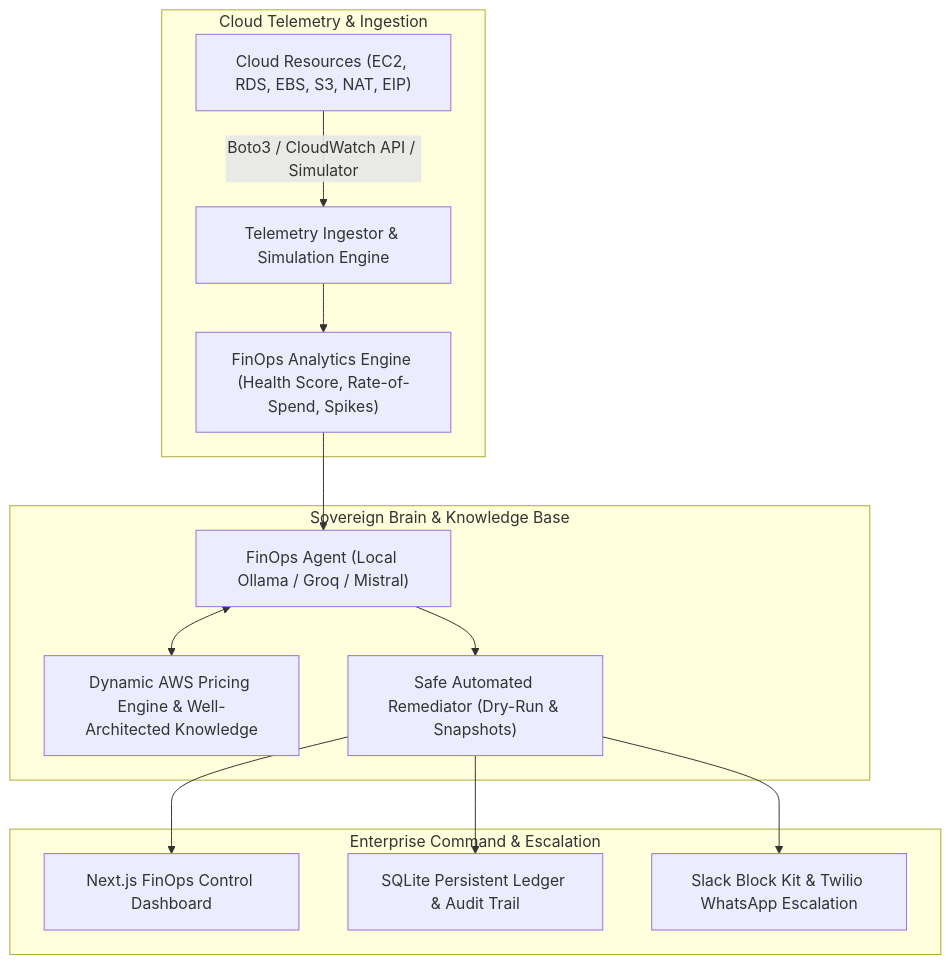
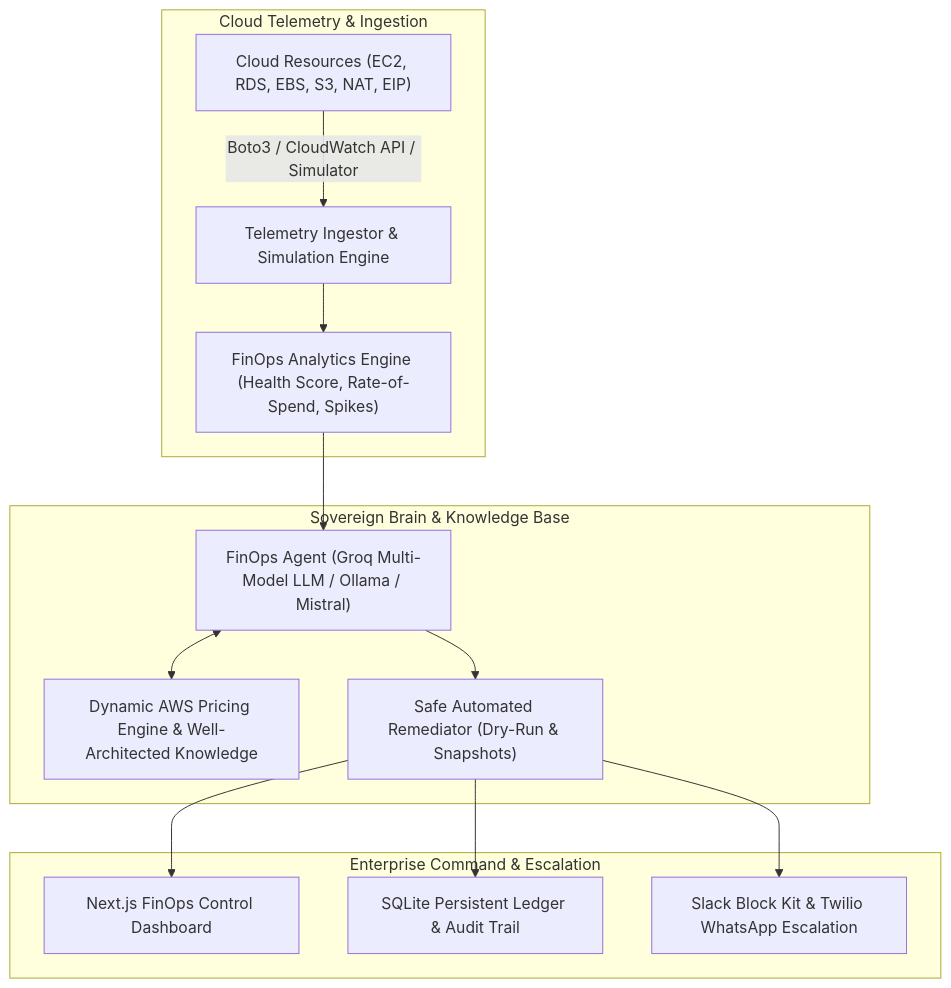
One commit to UnsettledAverage73/Cloud_Cost_Optimization changed the diagram in README.md. Above: the diagram before and after it, drawn with Mermaid. The commit also changed other lines of this file, not shown here.

Commit message:
docs: update README with 44 tests badge, Groq multi-model copilot, and testing suite

````diff
--- a/README.md
+++ b/README.md
@@ -17,19 +17,19 @@
 ```mermaid
 graph TD
     subgraph Level1_2 [Cloud Telemetry & Ingestion]
         CloudInfra["Cloud Resources (EC2, RDS, EBS, S3, NAT, EIP)"] -->|Boto3 / CloudWatch API / Simulator| Ingest["Telemetry Ingestor & Simulation Engine"]
         Ingest --> Analytics["FinOps Analytics Engine (Health Score, Rate-of-Spend, Spikes)"]
     end
 
     subgraph Level3_4 [Sovereign Brain & Knowledge Base]
-        Analytics --> FinOpsAI["FinOps Agent (Local Ollama / Groq / Mistral)"]
+        Analytics --> FinOpsAI["FinOps Agent (Groq Multi-Model LLM / Ollama / Mistral)"]
         FinOpsAI <--> Pricing["Dynamic AWS Pricing Engine & Well-Architected Knowledge"]
         FinOpsAI --> Remediate["Safe Automated Remediator (Dry-Run & Snapshots)"]
     end
 
     subgraph Level5_7 [Enterprise Command & Escalation]
         Remediate --> NextJS["Next.js FinOps Control Dashboard"]
         Remediate --> Ledger["SQLite Persistent Ledger & Audit Trail"]
         Remediate --> Alerts["Slack Block Kit & Twilio WhatsApp Escalation"]
     end
 ```
````
